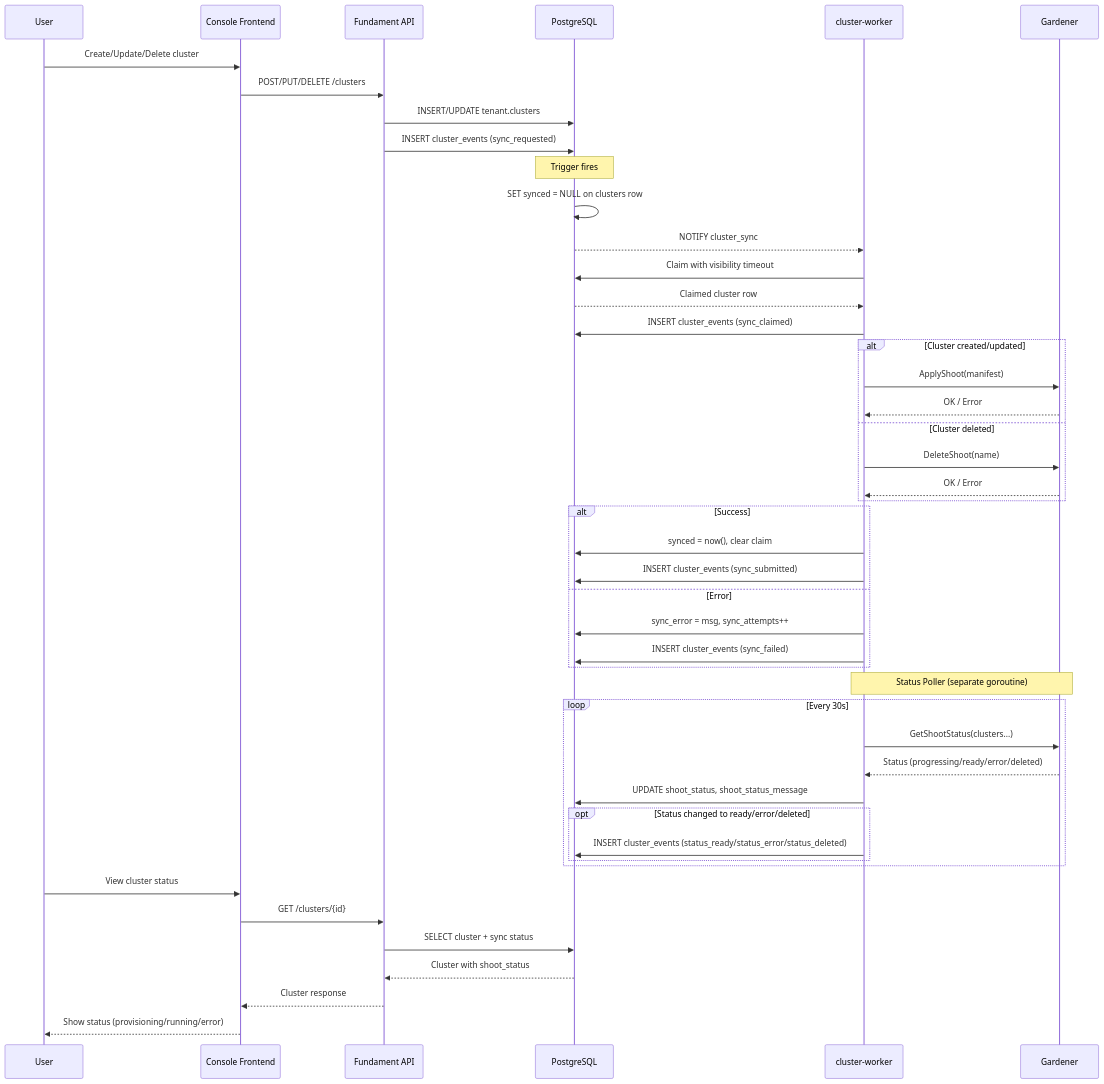
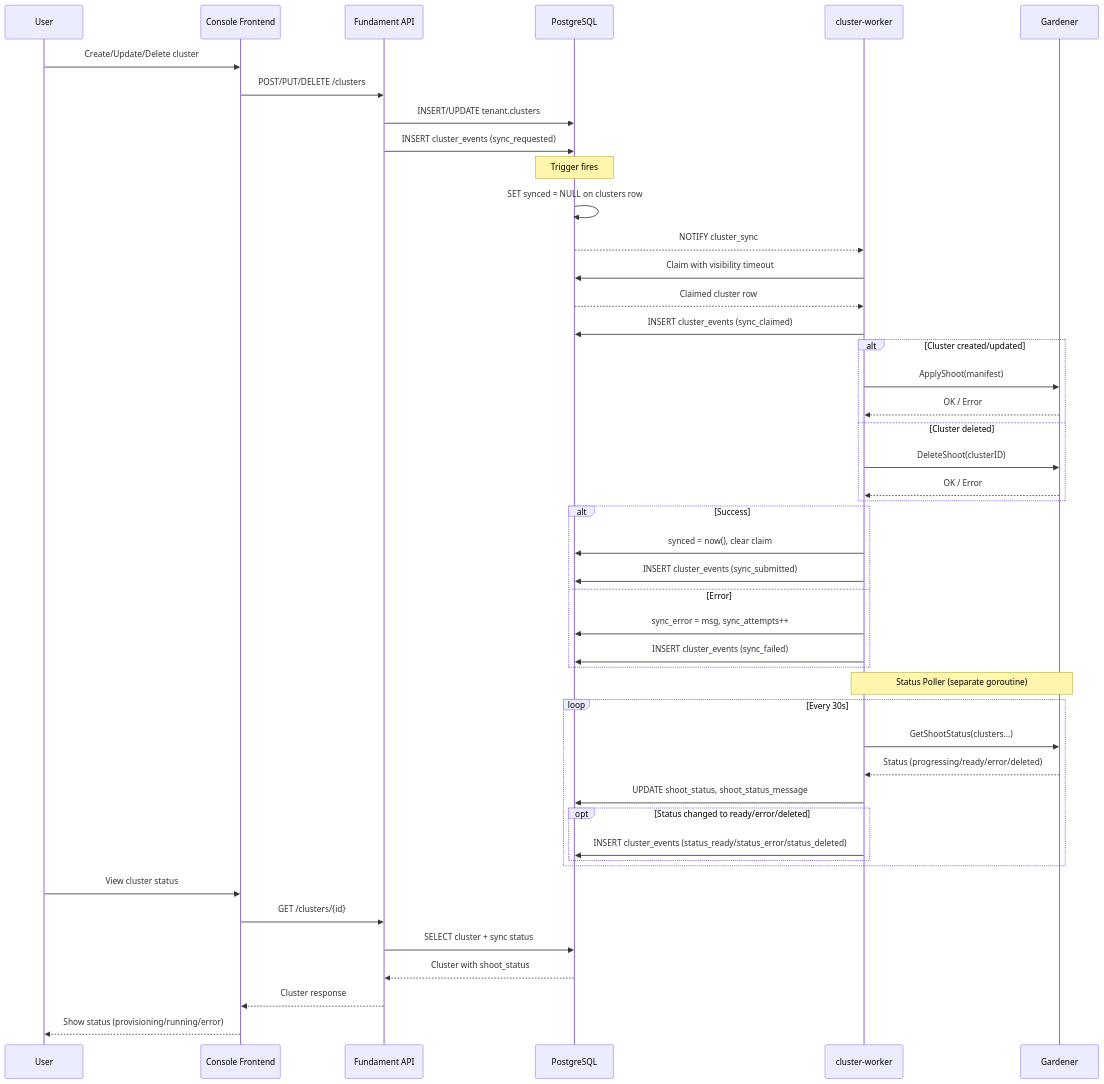
The first of 2 diagrams in cluster-worker/README.md (fundament-oss/fundament), drawn with Mermaid before and after one commit. The commit also changed 9 other files, not shown here.

First line of the commit message:
refactor(cluster-worker): cleanup comments and improve readability

````diff
--- a/cluster-worker/README.md
+++ b/cluster-worker/README.md
@@ -68,56 +68,56 @@
 ```mermaid
 sequenceDiagram
     participant User
     participant Frontend as Console Frontend
     participant API as Fundament API
     participant DB as PostgreSQL
     participant Worker as cluster-worker
     participant Gardener
 
     User->>Frontend: Create/Update/Delete cluster
     Frontend->>API: POST/PUT/DELETE /clusters
     API->>DB: INSERT/UPDATE tenant.clusters
     API->>DB: INSERT cluster_events (sync_requested)
 
     Note over DB: Trigger fires
     DB->>DB: SET synced = NULL on clusters row
     DB-->>Worker: NOTIFY cluster_sync
 
     Worker->>DB: Claim with visibility timeout
     DB-->>Worker: Claimed cluster row
     Worker->>DB: INSERT cluster_events (sync_claimed)
 
     alt Cluster created/updated
         Worker->>Gardener: ApplyShoot(manifest)
         Gardener-->>Worker: OK / Error
     else Cluster deleted
-        Worker->>Gardener: DeleteShoot(name)
+        Worker->>Gardener: DeleteShoot(clusterID)
         Gardener-->>Worker: OK / Error
     end
 
     alt Success
         Worker->>DB: synced = now(), clear claim
         Worker->>DB: INSERT cluster_events (sync_submitted)
     else Error
         Worker->>DB: sync_error = msg, sync_attempts++
         Worker->>DB: INSERT cluster_events (sync_failed)
     end
 
     Note over Worker,Gardener: Status Poller (separate goroutine)
 
     loop Every 30s
         Worker->>Gardener: GetShootStatus(clusters...)
         Gardener-->>Worker: Status (progressing/ready/error/deleted)
         Worker->>DB: UPDATE shoot_status, shoot_status_message
         opt Status changed to ready/error/deleted
             Worker->>DB: INSERT cluster_events (status_ready/status_error/status_deleted)
         end
     end
 
     User->>Frontend: View cluster status
     Frontend->>API: GET /clusters/{id}
     API->>DB: SELECT cluster + sync status
     DB-->>API: Cluster with shoot_status
     API-->>Frontend: Cluster response
     Frontend-->>User: Show status (provisioning/running/error)
 ```
````
